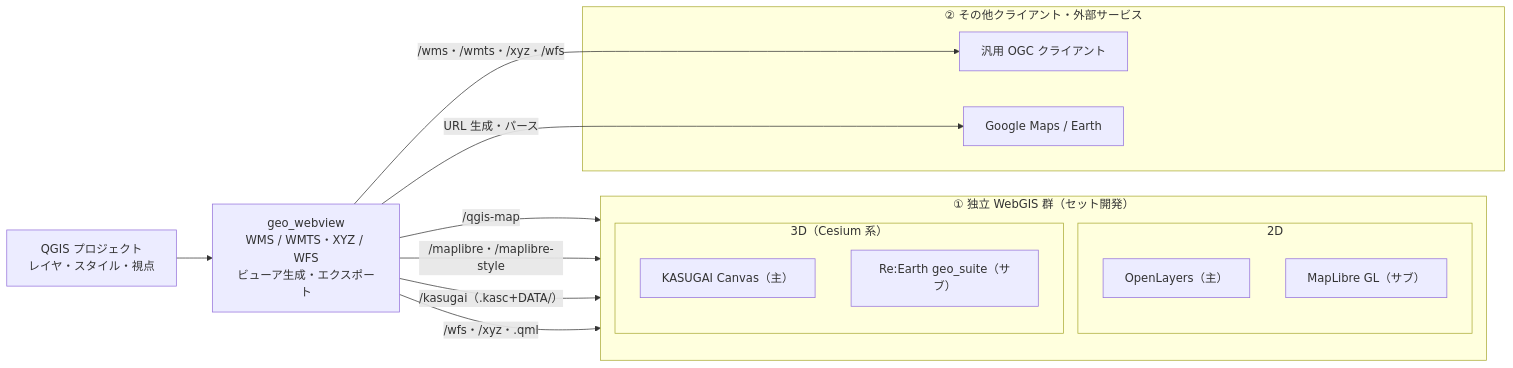
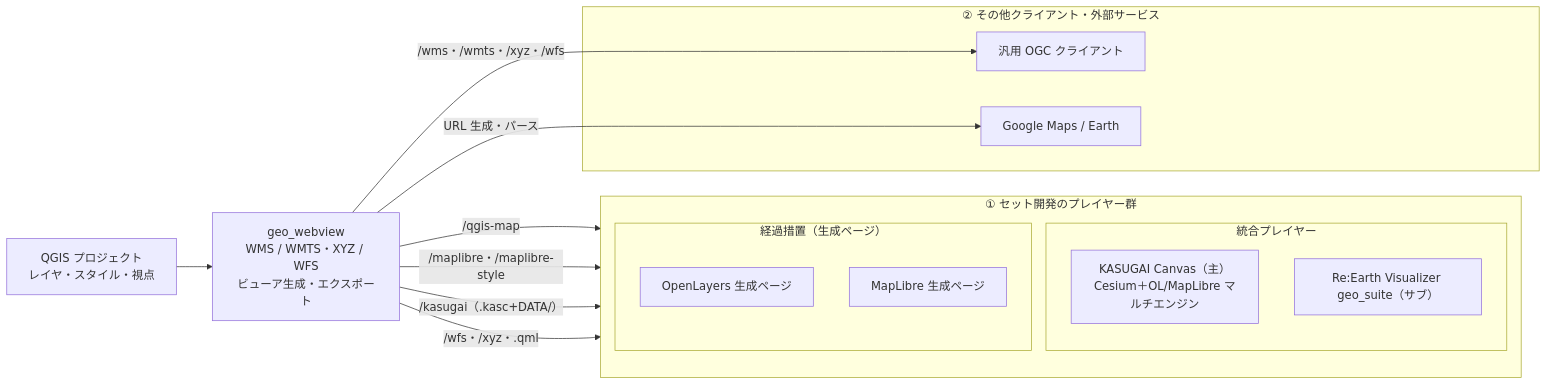
The diagram in qgis-plugin/geo_webview/README_JP.md (yamamoto-ryuzo/qgis_live_harness), drawn with Mermaid before and after one commit. The commit also changed other lines of this file and 22 other files, not shown here.

````diff
--- a/qgis-plugin/geo_webview/README_JP.md
+++ b/qgis-plugin/geo_webview/README_JP.md
@@ -46,30 +76,30 @@
 ```mermaid
 flowchart LR
     QGIS["QGIS プロジェクト<br>レイヤ・スタイル・視点"]
     GW["geo_webview<br>WMS / WMTS・XYZ / WFS<br>ビューア生成・エクスポート"]
 
-    subgraph G1["① 独立 WebGIS 群（セット開発）"]
+    subgraph G1["① セット開発のプレイヤー群"]
         direction TB
-        subgraph G1_2D["2D"]
-            OL["OpenLayers（主）"]
-            ML["MapLibre GL（サブ）"]
+        subgraph G1_UNI["統合プレイヤー"]
+            KC["KASUGAI Canvas（主）<br>Cesium＋OL/MapLibre マルチエンジン"]
+            RE["Re:Earth Visualizer geo_suite（サブ）"]
         end
-        subgraph G1_3D["3D（Cesium 系）"]
-            KC["KASUGAI Canvas（主）"]
-            RE["Re:Earth geo_suite（サブ）"]
+        subgraph G1_TMP["経過措置（生成ページ）"]
+            OL["OpenLayers 生成ページ"]
+            ML["MapLibre 生成ページ"]
         end
     end
 
     subgraph G2["② その他クライアント・外部サービス"]
         OC["汎用 OGC クライアント"]
         GM["Google Maps / Earth"]
     end
 
     QGIS --> GW
     GW -->|"/qgis-map"| OL
     GW -->|"/maplibre・/maplibre-style"| ML
     GW -->|"/kasugai（.kasc+DATA/）"| KC
     GW -->|"/wfs・/xyz・.qml"| RE
     GW -->|"/wms・/wmts・/xyz・/wfs"| OC
     GW -->|"URL 生成・パース"| GM
 ```
````
